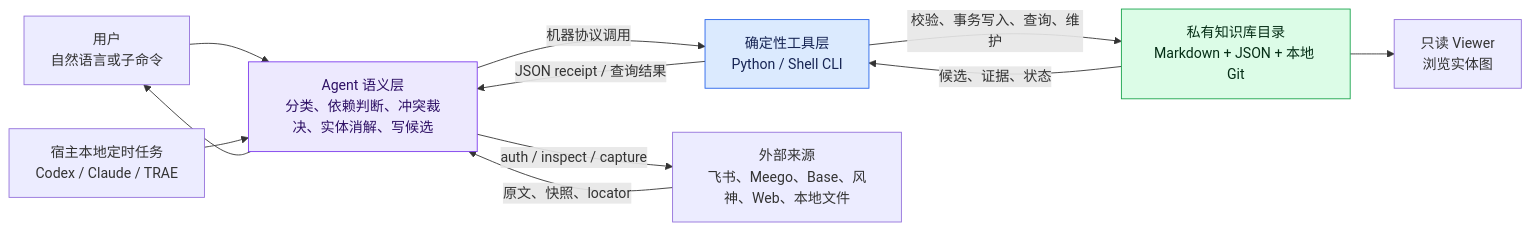
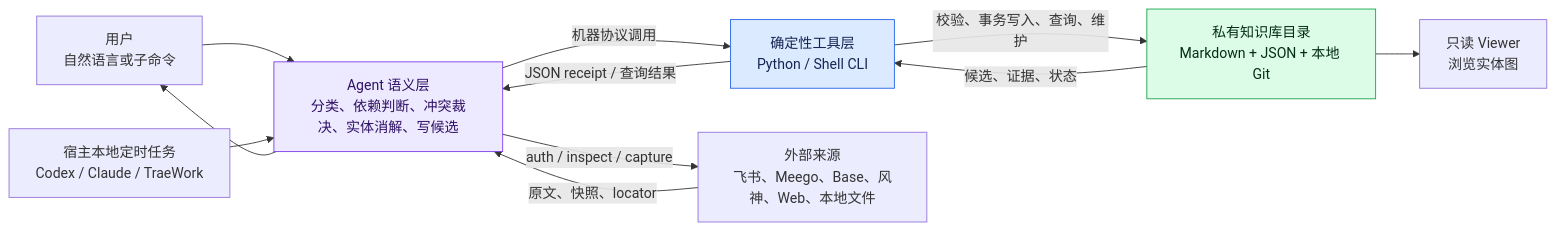
One commit to ranjiao/byteworker changed the first of 19 diagrams in ARCHITECTURE.md. Above: the diagram before and after it, drawn with Mermaid. The commit also changed other lines of this file and 40 other files, not shown here.

````diff
--- a/ARCHITECTURE.md
+++ b/ARCHITECTURE.md
@@ -17,28 +17,28 @@
 ```mermaid
 flowchart LR
     U["用户<br/>自然语言或子命令"]
-    H["宿主本地定时任务<br/>Codex / Claude / TRAE"]
+    H["宿主本地定时任务<br/>Codex / Claude / TraeWork"]
     A["Agent 语义层<br/>分类、依赖判断、冲突裁决、实体消解、写候选"]
     C["确定性工具层<br/>Python / Shell CLI"]
     K["私有知识库目录<br/>Markdown + JSON + 本地 Git"]
     E["外部来源<br/>飞书、Meego、Base、风神、Web、本地文件"]
     V["只读 Viewer<br/>浏览实体图"]
 
     U --> A
     H --> A
     A -->|"auth / inspect / capture"| E
     E -->|"原文、快照、locator"| A
     A -->|"机器协议调用"| C
     C -->|"校验、事务写入、查询、维护"| K
     K -->|"候选、证据、状态"| C
     C -->|"JSON receipt / 查询结果"| A
     A --> U
     K --> V
 
     classDef semantic fill:#ede9fe,stroke:#7c3aed,color:#2e1065
     classDef deterministic fill:#dbeafe,stroke:#2563eb,color:#172554
     classDef private fill:#dcfce7,stroke:#16a34a,color:#052e16
     class A semantic
     class C deterministic
     class K private
 ```
````
